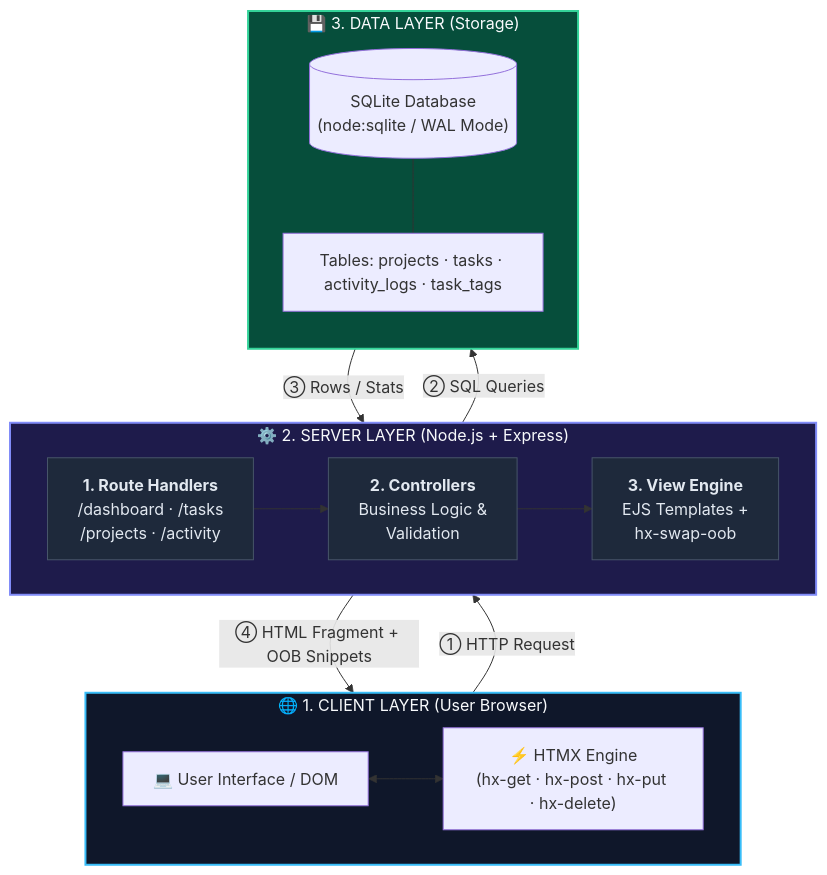
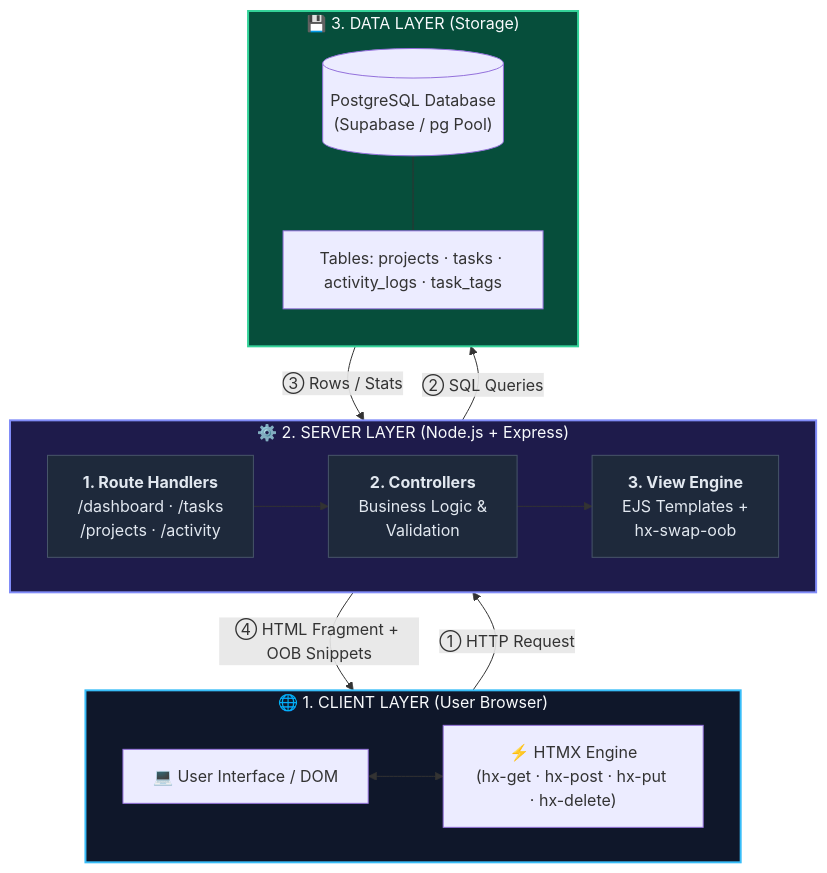
One commit to Sugandhan-S/Pulseboard changed the diagram in README.md. Above: the diagram before and after it, drawn with Mermaid. The commit also changed other lines of this file, not shown here.

````diff
--- a/README.md
+++ b/README.md
@@ -38,42 +38,42 @@
 ```mermaid
 flowchart TD
     %% ==================== STYLES ====================
     classDef clientStyle fill:#0f172a,stroke:#38bdf8,color:#f8fafc,stroke-width:2px;
     classDef serverStyle fill:#1e1b4b,stroke:#818cf8,color:#f8fafc,stroke-width:2px;
     classDef routeStyle fill:#1e293b,stroke:#475569,color:#e2e8f0,stroke-width:1px;
     classDef dbStyle fill:#064e3b,stroke:#34d399,color:#f8fafc,stroke-width:2px;
 
     %% ==================== 1. CLIENT / USER ====================
     subgraph CLIENT[" 🌐 1. CLIENT LAYER (User Browser) "]
         direction LR
         UI["💻 User Interface / DOM"]
         HTMX["⚡ HTMX Engine\n(hx-get · hx-post · hx-put · hx-delete)"]
         UI <--> HTMX
     end
 
     %% ==================== 2. COMPACT SERVER LAYER ====================
     subgraph SERVER[" ⚙️ 2. SERVER LAYER (Node.js + Express) "]
         direction LR
         ROUTES["<b>1. Route Handlers</b><br/>/dashboard · /tasks<br/>/projects · /activity"] --> CTRL["<b>2. Controllers</b><br/>Business Logic &<br/>Validation"] --> VIEW["<b>3. View Engine</b><br/>EJS Templates +<br/>hx-swap-oob"]
     end
 
     %% ==================== 3. DATABASE ====================
     subgraph DATA[" 💾 3. DATA LAYER (Storage) "]
         direction TB
-        DB_ENGINE[("SQLite Database\n(node:sqlite / WAL Mode)")]
+        DB_ENGINE[("PostgreSQL Database\n(Supabase / pg Pool)")]
         TABLES["Tables: projects · tasks · activity_logs · task_tags"]
         DB_ENGINE --- TABLES
     end
 
     %% ==================== SEQUENTIAL FLOW ====================
     HTMX -- "① HTTP Request" --> ROUTES
     CTRL -- "② SQL Queries" --> DB_ENGINE
     DB_ENGINE -- "③ Rows / Stats" --> CTRL
     VIEW -- "④ HTML Fragment + OOB Snippets" --> HTMX
 
     %% ==================== APPLY STYLES ====================
     class CLIENT clientStyle;
     class SERVER serverStyle;
     class DATA dbStyle;
     class ROUTES,CTRL,VIEW routeStyle;
 ```
````
